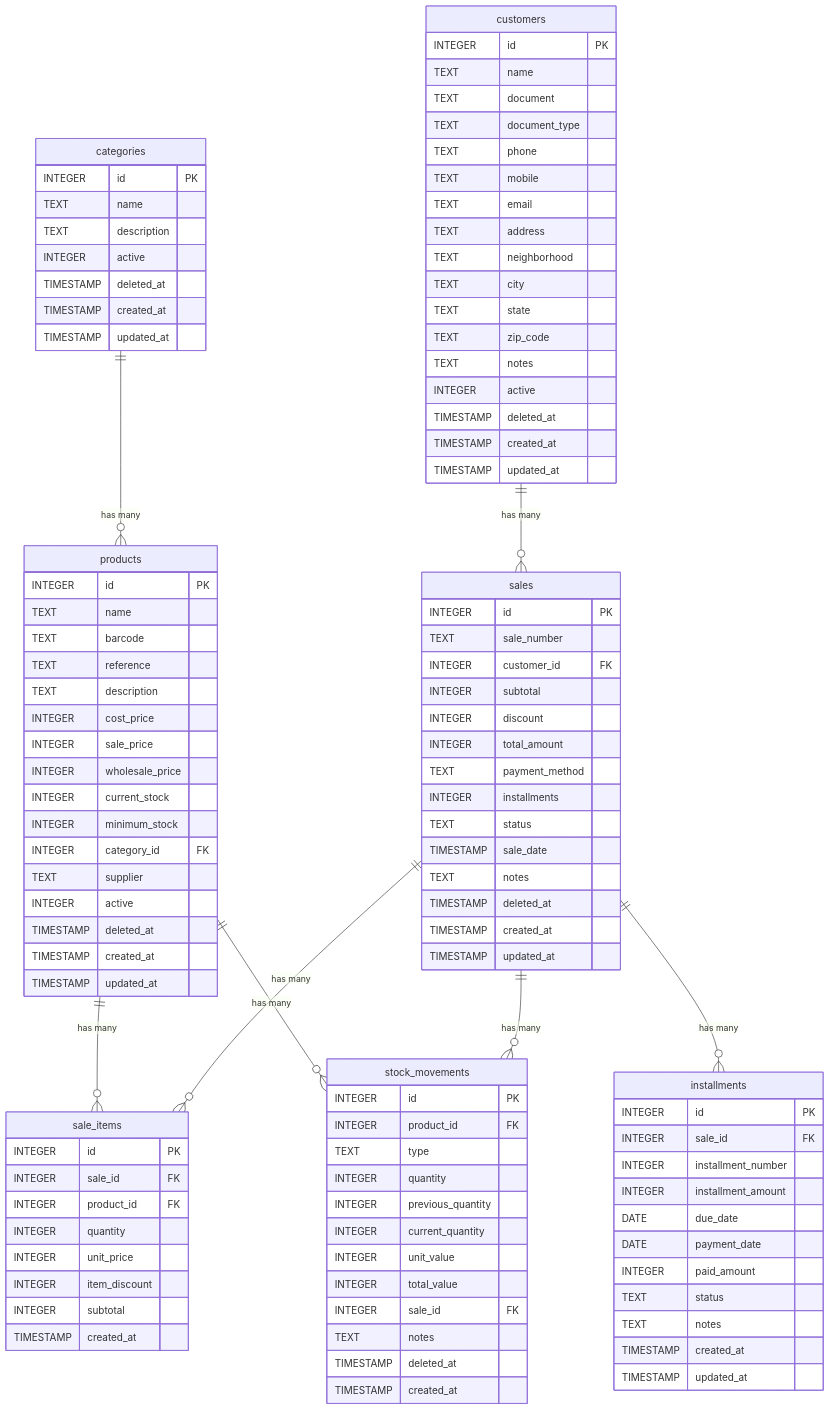
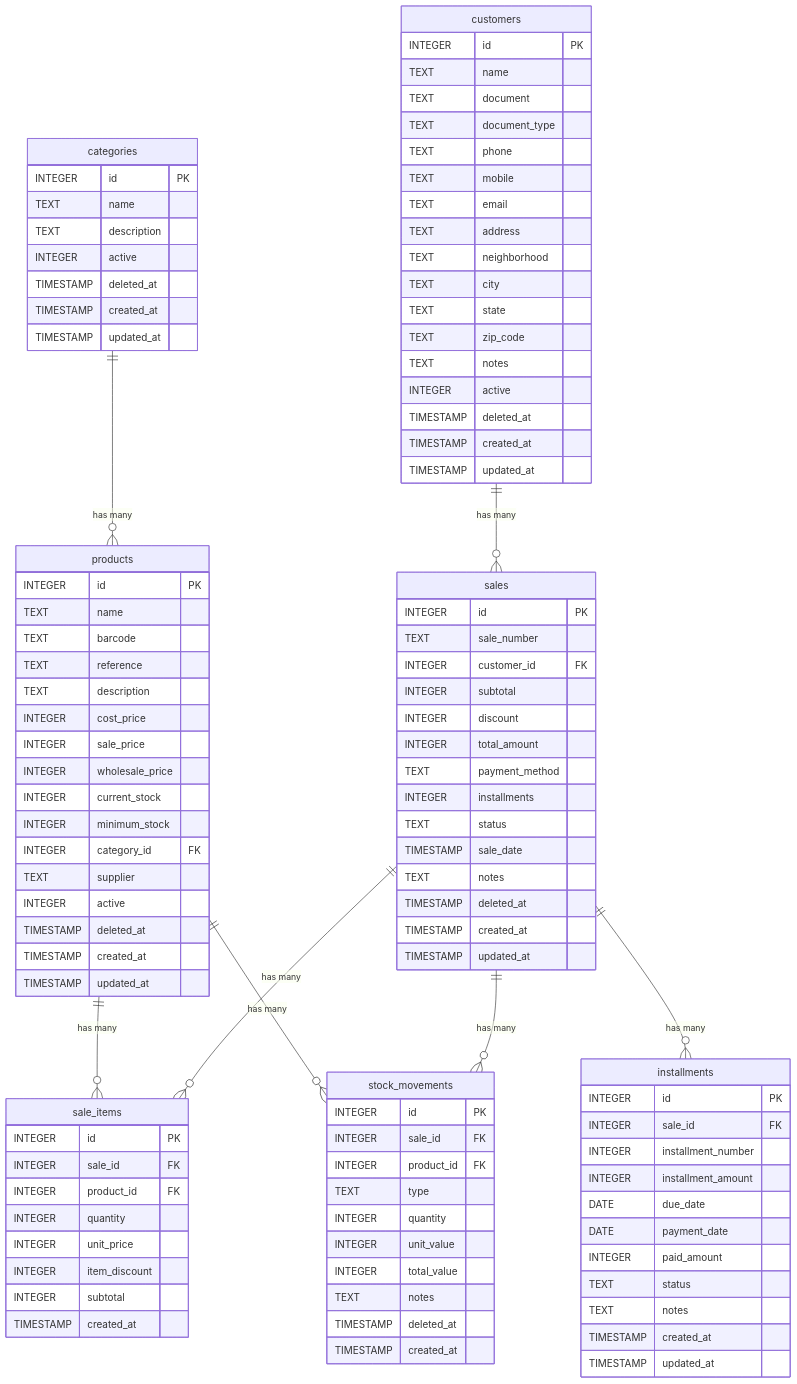
The diagram in exemplo_apps/appvendas - usar/nova_versao.mmd (josecarlos19/top-vendas), drawn with Mermaid before and after one commit.

Commit message:
fix: update stock_movements table structure and relationships

```diff
--- a/exemplo_apps/appvendas - usar/nova_versao.mmd
+++ b/exemplo_apps/appvendas - usar/nova_versao.mmd
@@ -1,115 +1,113 @@
 erDiagram
     categories {
         INTEGER id PK
         TEXT name
         TEXT description
         INTEGER active
         TIMESTAMP deleted_at
         TIMESTAMP created_at
         TIMESTAMP updated_at
     }
 
     customers {
         INTEGER id PK
         TEXT name
         TEXT document
         TEXT document_type
         TEXT phone
         TEXT mobile
         TEXT email
         TEXT address
         TEXT neighborhood
         TEXT city
         TEXT state
         TEXT zip_code
         TEXT notes
         INTEGER active
         TIMESTAMP deleted_at
         TIMESTAMP created_at
         TIMESTAMP updated_at
     }
 
     products {
         INTEGER id PK
         TEXT name
         TEXT barcode
         TEXT reference
         TEXT description
         INTEGER cost_price
         INTEGER sale_price
         INTEGER wholesale_price
         INTEGER current_stock
         INTEGER minimum_stock
         INTEGER category_id FK
         TEXT supplier
         INTEGER active
         TIMESTAMP deleted_at
         TIMESTAMP created_at
         TIMESTAMP updated_at
     }
 
     sales {
         INTEGER id PK
         TEXT sale_number
         INTEGER customer_id FK
         INTEGER subtotal
         INTEGER discount
         INTEGER total_amount
         TEXT payment_method
         INTEGER installments
         TEXT status
         TIMESTAMP sale_date
         TEXT notes
         TIMESTAMP deleted_at
         TIMESTAMP created_at
         TIMESTAMP updated_at
     }
 
     sale_items {
         INTEGER id PK
         INTEGER sale_id FK
         INTEGER product_id FK
         INTEGER quantity
         INTEGER unit_price
         INTEGER item_discount
         INTEGER subtotal
         TIMESTAMP created_at
     }
 
     installments {
         INTEGER id PK
         INTEGER sale_id FK
         INTEGER installment_number
         INTEGER installment_amount
         DATE due_date
         DATE payment_date
         INTEGER paid_amount
         TEXT status
         TEXT notes
         TIMESTAMP created_at
         TIMESTAMP updated_at
     }
 
     stock_movements {
         INTEGER id PK
+        INTEGER sale_id FK
         INTEGER product_id FK
         TEXT type
         INTEGER quantity
-        INTEGER previous_quantity
-        INTEGER current_quantity
         INTEGER unit_value
         INTEGER total_value
-        INTEGER sale_id FK
         TEXT notes
         TIMESTAMP deleted_at
         TIMESTAMP created_at
     }
 
     %% Relationships
     categories ||--o{ products : "has many"
     customers ||--o{ sales : "has many"
     products ||--o{ sale_items : "has many"
     products ||--o{ stock_movements : "has many"
     sales ||--o{ sale_items : "has many"
     sales ||--o{ installments : "has many"
     sales ||--o{ stock_movements : "has many"
```
